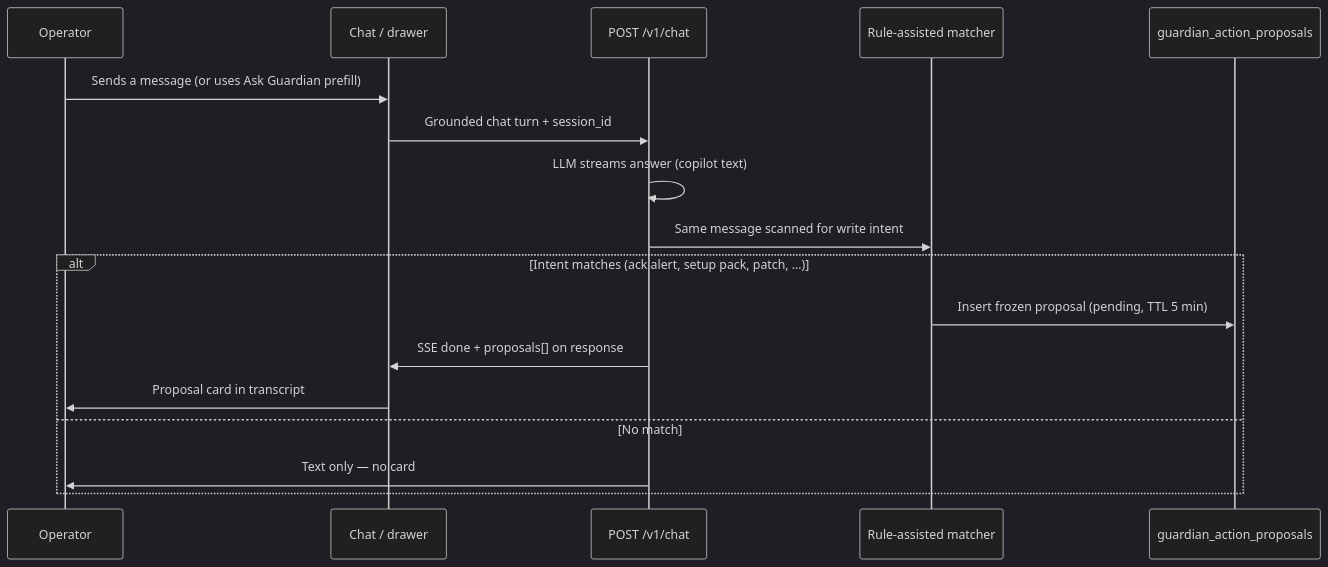
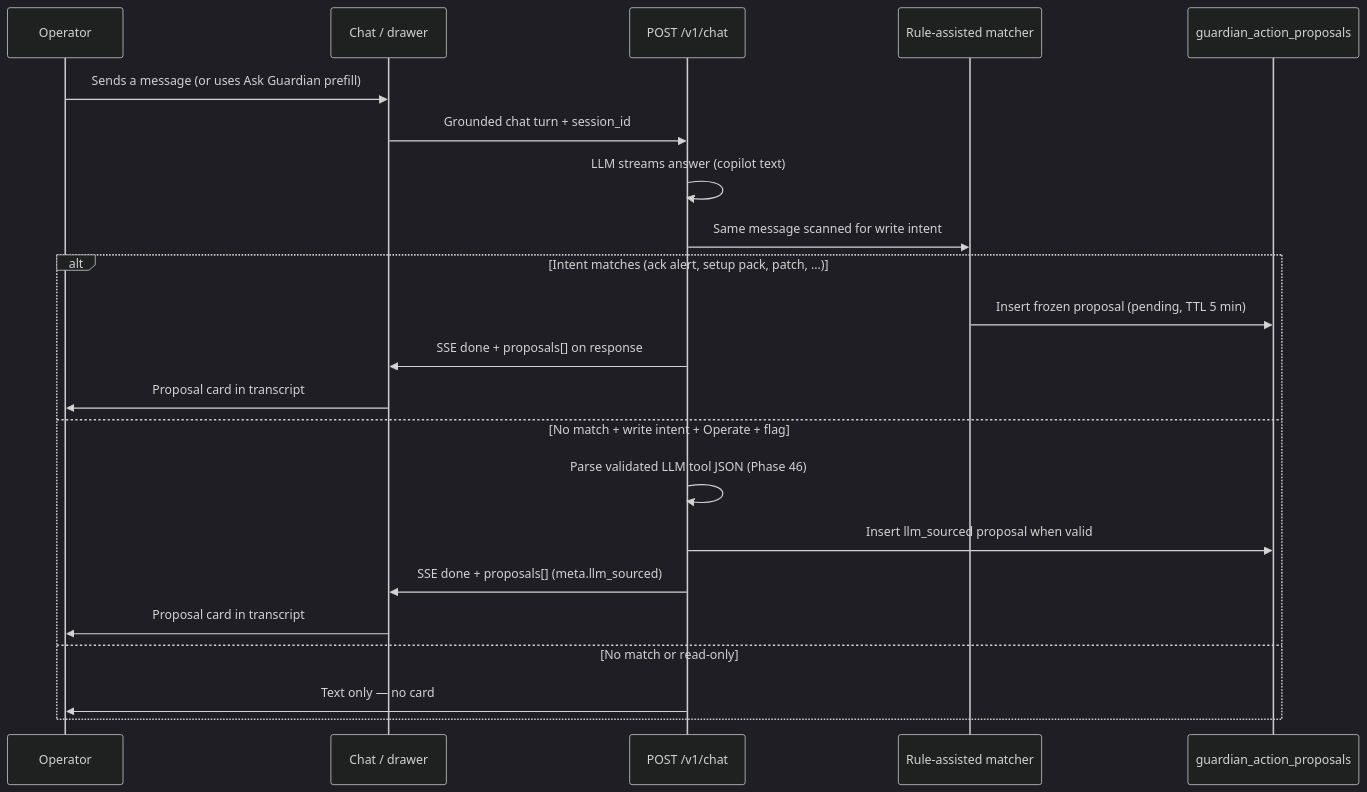
Before and after one commit to dgang0404/gr33n: the diagram in docs/guardian-change-requests-guide.md, drawn with Mermaid (dark theme). The commit also changed other lines of this file and 9 other files, not shown here.

````diff
--- a/docs/guardian-change-requests-guide.md
+++ b/docs/guardian-change-requests-guide.md
@@ -35,20 +35,25 @@
 ```mermaid
 sequenceDiagram
   participant Op as Operator
   participant UI as Chat / drawer
   participant API as POST /v1/chat
   participant Rules as Rule-assisted matcher
   participant DB as guardian_action_proposals
 
   Op->>UI: Sends a message (or uses Ask Guardian prefill)
   UI->>API: Grounded chat turn + session_id
   API->>API: LLM streams answer (copilot text)
   API->>Rules: Same message scanned for write intent
   alt Intent matches (ack alert, setup pack, patch, …)
     Rules->>DB: Insert frozen proposal (pending, TTL 5 min)
     API->>UI: SSE done + proposals[] on response
     UI->>Op: Proposal card in transcript
-  else No match
+  else No match + write intent + Operate + flag
+    API->>API: Parse validated LLM tool JSON (Phase 46)
+    API->>DB: Insert llm_sourced proposal when valid
+    API->>UI: SSE done + proposals[] (meta.llm_sourced)
+    UI->>Op: Proposal card in transcript
+  else No match or read-only
     API->>Op: Text only — no card
   end
 ```
````
